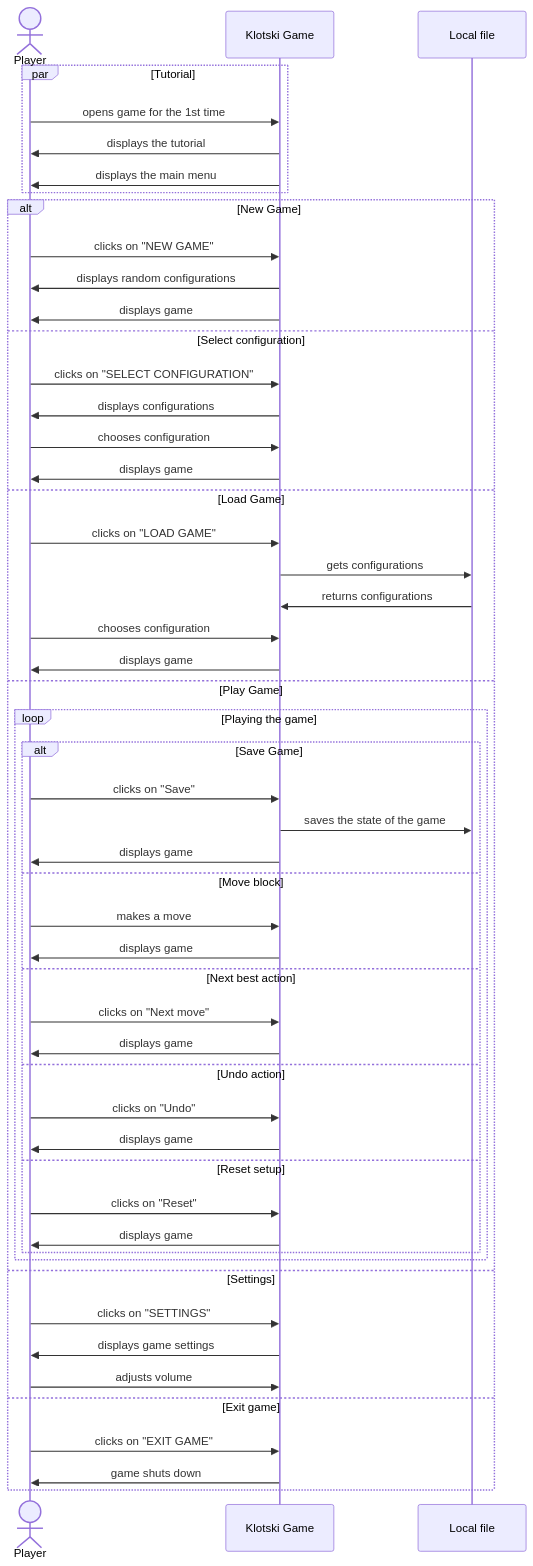
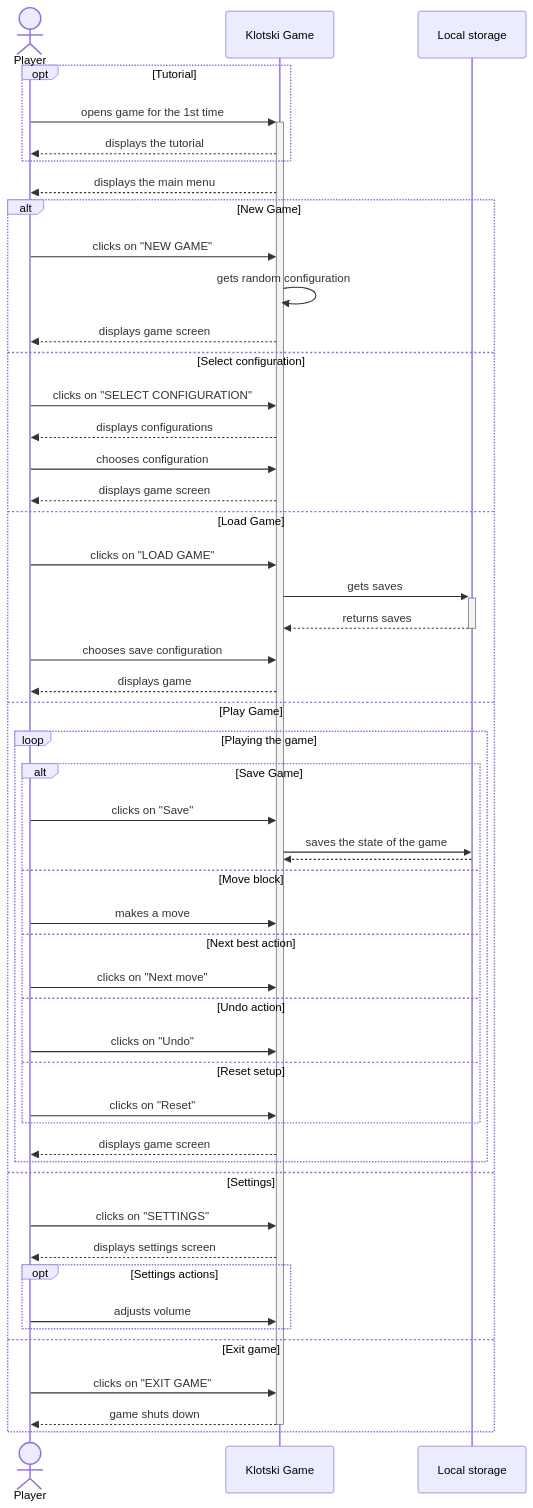
One commit to BIRSAx2/klotski changed the first of 14 diagrams in docs/sequence_diagram/index.md. Above: the diagram before and after it, drawn with Mermaid. The commit also changed other lines of this file, not shown here.

````diff
--- a/docs/sequence_diagram/index.md
+++ b/docs/sequence_diagram/index.md
@@ -8,63 +8,61 @@
 ```mermaid
 sequenceDiagram
     actor Player
     Participant Klotski Game
-    participant Local file
+    participant Local storage
 
 
-    par Tutorial
-        Player ->> Klotski Game: opens game for the 1st time
-        Klotski Game ->> Player: displays the tutorial
-        Klotski Game ->> Player: displays the main menu
+    opt Tutorial
+        Player ->>+ Klotski Game: opens game for the 1st time
+        Klotski Game -->> Player: displays the tutorial
     end
+    Klotski Game -->> Player: displays the main menu
 
 
     alt New Game
         Player ->> Klotski Game: clicks on "NEW GAME"
-        Klotski Game ->> Player: displays random configurations
-        Klotski Game ->> Player: displays game
+        Klotski Game ->> Klotski Game: gets random configuration
+        Klotski Game -->> Player: displays game screen
         
     else Select configuration
         Player ->> Klotski Game: clicks on "SELECT CONFIGURATION"
-        Klotski Game ->> Player: displays configurations
+        Klotski Game -->> Player: displays configurations
         Player ->> Klotski Game: chooses configuration
-        Klotski Game ->> Player: displays game
+        Klotski Game -->> Player: displays game screen
         
     else Load Game
         Player ->> Klotski Game: clicks on "LOAD GAME"
-        Klotski Game ->> Local file: gets configurations
-        Local file ->>  Klotski Game: returns configurations
-        Player ->>  Klotski Game: chooses configuration
-        Klotski Game ->> Player: displays game
+        Klotski Game ->>+ Local storage: gets saves 
+        Local storage -->>-  Klotski Game: returns saves
+        Player ->>  Klotski Game: chooses save configuration
+        Klotski Game -->> Player: displays game
         
     else Play Game
         loop Playing the game
-
             alt Save Game
                 Player ->> Klotski Game: clicks on "Save"
-                Klotski Game ->> Local file: saves the state of the game
-                Klotski Game ->> Player : displays game
+                Klotski Game ->> Local storage: saves the state of the game
+                Local storage -->> Klotski Game : 
             else Move block
                 Player ->> Klotski Game: makes a move
-                Klotski Game ->> Player: displays game
             else Next best action
                 Player ->> Klotski Game: clicks on "Next move"
-                Klotski Game ->> Player: displays game
             else Undo action
                 Player ->> Klotski Game: clicks on "Undo"
-                Klotski Game ->> Player: displays game
             else Reset setup
                 Player ->> Klotski Game: clicks on "Reset"
-                Klotski Game ->> Player: displays game
             end
+            Klotski Game -->> Player : displays game screen
 
         end
     else Settings
         Player ->> Klotski Game: clicks on "SETTINGS"
-        Klotski Game ->> Player: displays game settings
-        Player ->> Klotski Game: adjusts volume
+        Klotski Game -->> Player: displays settings screen
+        opt Settings actions
+            Player ->> Klotski Game: adjusts volume
+        end
     else Exit game
         Player ->> Klotski Game: clicks on "EXIT GAME"
-        Klotski Game ->> Player: game shuts down
+        Klotski Game -->>- Player: game shuts down
     end
 ```
````
